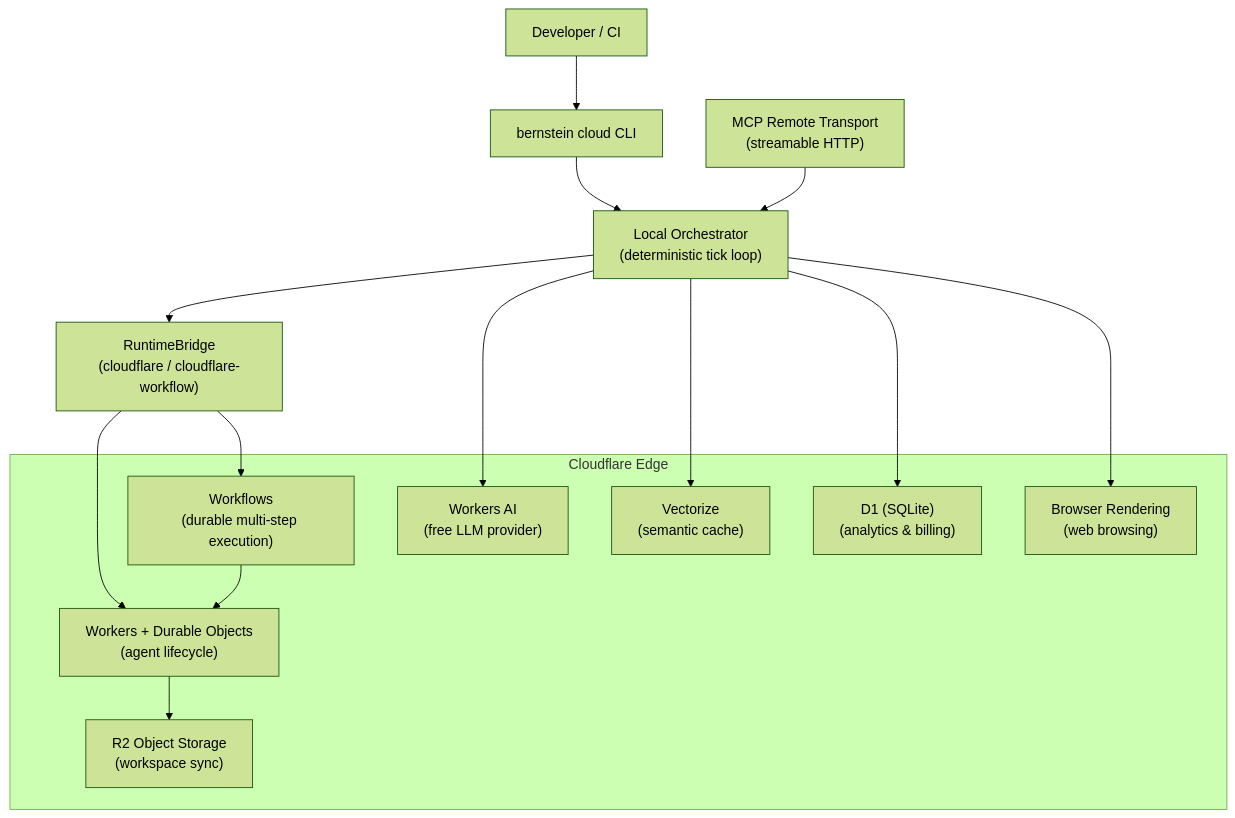
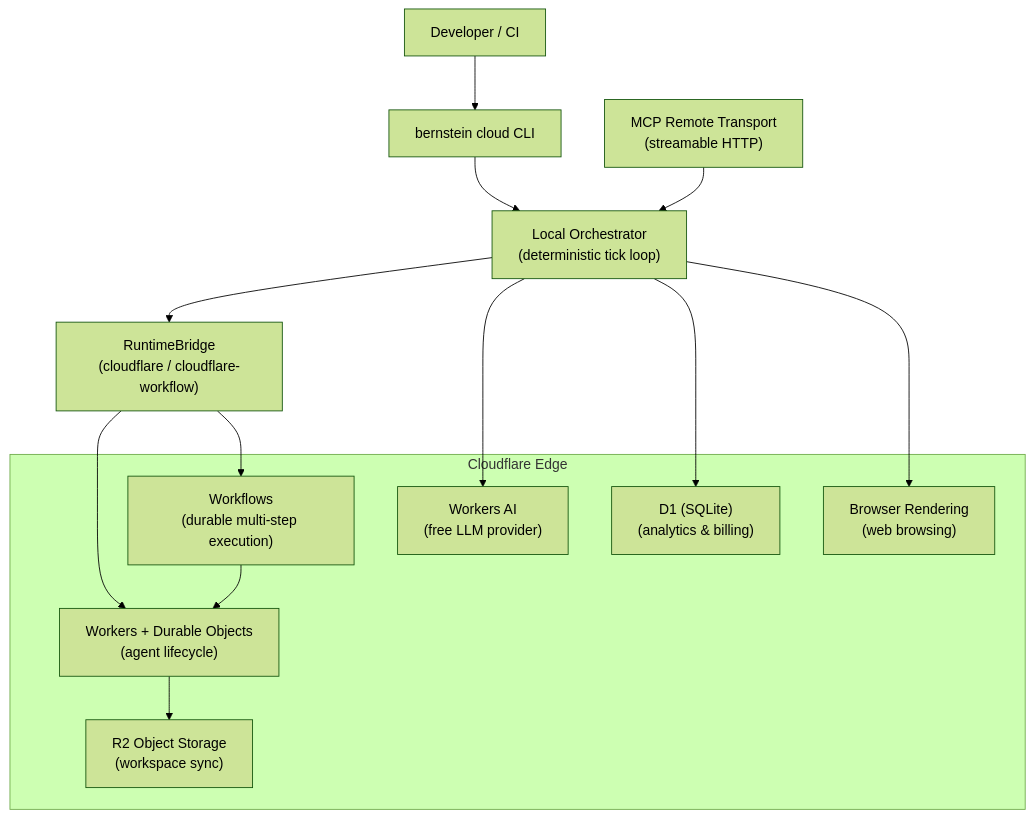
One commit to AlvaroBalbin/bernstein changed the diagram in docs/cloudflare/cloudflare-overview.md. Above: the diagram before and after it, drawn with Mermaid (forest theme). The commit also changed other lines of this file and 6 other files, not shown here.

````diff
--- a/docs/cloudflare/cloudflare-overview.md
+++ b/docs/cloudflare/cloudflare-overview.md
@@ -21,30 +21,28 @@
 ```mermaid
 graph TD
     User["Developer / CI"]
     CLI["bernstein cloud CLI"]
     Orch["Local Orchestrator<br/>(deterministic tick loop)"]
     Bridge["RuntimeBridge<br/>(cloudflare / cloudflare-workflow)"]
 
     subgraph Cloudflare["Cloudflare Edge"]
         Worker["Workers + Durable Objects<br/>(agent lifecycle)"]
         Workflow["Workflows<br/>(durable multi-step execution)"]
         R2["R2 Object Storage<br/>(workspace sync)"]
         D1["D1 (SQLite)<br/>(analytics & billing)"]
-        Vec["Vectorize<br/>(semantic cache)"]
         AI["Workers AI<br/>(free LLM provider)"]
         Browser["Browser Rendering<br/>(web browsing)"]
     end
 
     MCP["MCP Remote Transport<br/>(streamable HTTP)"]
 
     User --> CLI --> Orch
     Orch --> Bridge
     Bridge --> Worker & Workflow
     Worker --> R2
     Workflow --> Worker
     Orch --> AI
-    Orch --> Vec
     Orch --> D1
     Orch --> Browser
     MCP --> Orch
 ```
````
